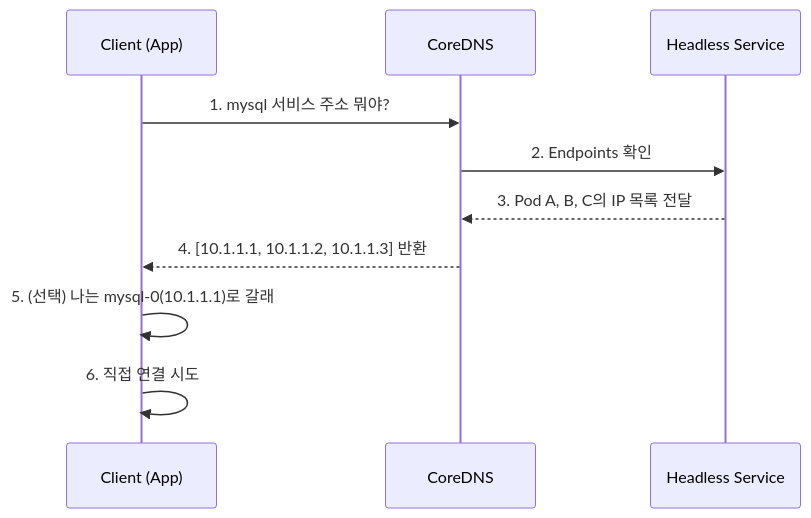
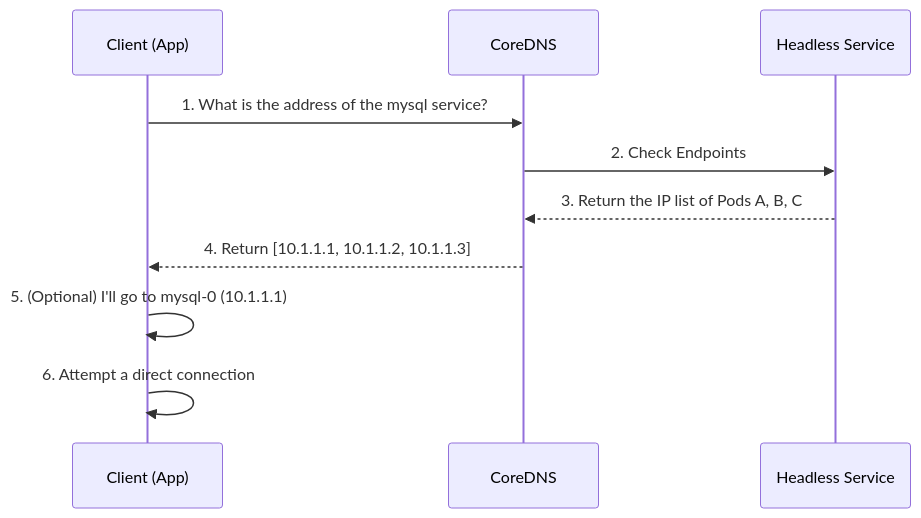
The second of 2 diagrams in content/basics/12-headless-service.md (jeonck/k8s-adv), drawn with Mermaid before and after one commit. The commit also changed other lines of this file and 223 other files, not shown here.

````diff
--- a/content/basics/12-headless-service.md
+++ b/content/basics/12-headless-service.md
@@ -59,13 +59,13 @@
 ```mermaid
 sequenceDiagram
     participant C as Client (App)
     participant D as CoreDNS
     participant S as Headless Service
     
-    C->>D: 1. mysql 서비스 주소 뭐야?
-    D->>S: 2. Endpoints 확인
-    S-->>D: 3. Pod A, B, C의 IP 목록 전달
-    D-->>C: 4. [10.1.1.1, 10.1.1.2, 10.1.1.3] 반환
-    C->>C: 5. (선택) 나는 mysql-0(10.1.1.1)로 갈래
-    C->>C: 6. 직접 연결 시도
+    C->>D: 1. What is the address of the mysql service?
+    D->>S: 2. Check Endpoints
+    S-->>D: 3. Return the IP list of Pods A, B, C
+    D-->>C: 4. Return [10.1.1.1, 10.1.1.2, 10.1.1.3]
+    C->>C: 5. (Optional) I'll go to mysql-0 (10.1.1.1)
+    C->>C: 6. Attempt a direct connection
 ```
````
